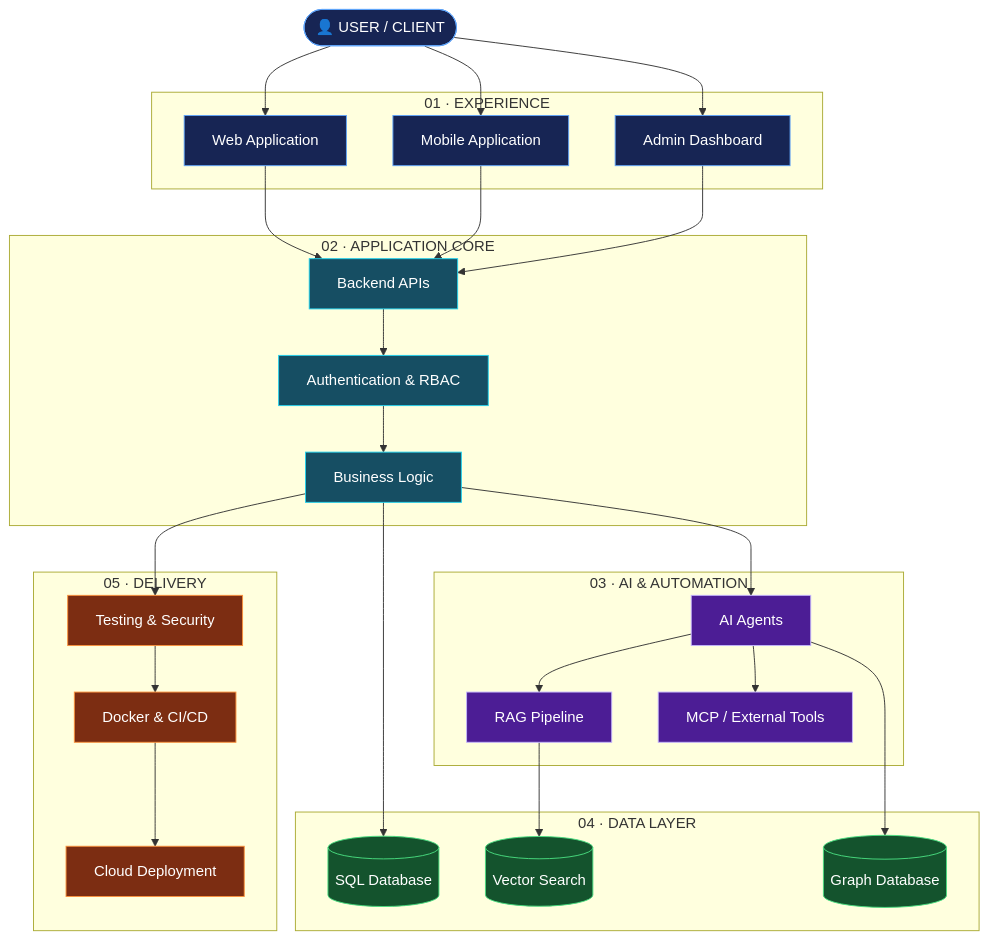
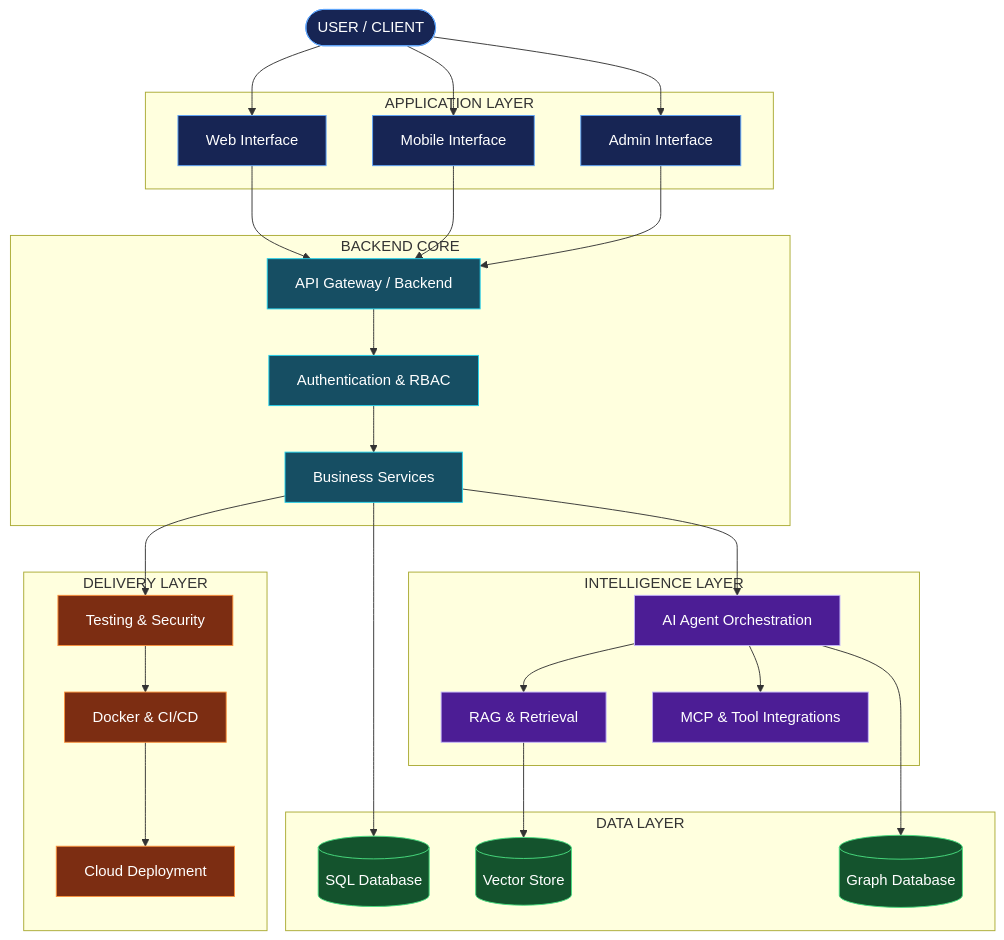
The first of 2 diagrams in README.md (Aravindan-001/Aravindan-001), drawn with Mermaid before and after one commit. The commit also changed other lines of this file, not shown here.

````diff
--- a/README.md
+++ b/README.md
@@ -159,66 +122,66 @@
 ```mermaid
 flowchart TB
-    USER(["👤 USER / CLIENT"])
+    USER(["USER / CLIENT"])
 
-    subgraph EXPERIENCE["01 · EXPERIENCE"]
-        WEB["Web Application"]
-        MOBILE["Mobile Application"]
-        DASH["Admin Dashboard"]
+    subgraph APP["APPLICATION LAYER"]
+        WEB["Web Interface"]
+        MOBILE["Mobile Interface"]
+        ADMIN["Admin Interface"]
     end
 
-    subgraph BACKEND["02 · APPLICATION CORE"]
-        API["Backend APIs"]
+    subgraph CORE["BACKEND CORE"]
+        API["API Gateway / Backend"]
         AUTH["Authentication & RBAC"]
-        SERVICE["Business Logic"]
+        SERVICE["Business Services"]
     end
 
-    subgraph INTELLIGENCE["03 · AI & AUTOMATION"]
-        AGENT["AI Agents"]
-        RAG["RAG Pipeline"]
-        MCP["MCP / External Tools"]
+    subgraph AI["INTELLIGENCE LAYER"]
+        AGENT["AI Agent Orchestration"]
+        RAG["RAG & Retrieval"]
+        TOOLS["MCP & Tool Integrations"]
     end
 
-    subgraph DATA["04 · DATA LAYER"]
-        SQL[("SQL Database")]
-        VECTOR[("Vector Search")]
-        GRAPH[("Graph Database")]
+    subgraph STORE["DATA LAYER"]
+        DB[("SQL Database")]
+        VDB[("Vector Store")]
+        GDB[("Graph Database")]
     end
 
-    subgraph DELIVERY["05 · DELIVERY"]
-        TEST["Testing & Security"]
-        CI["Docker & CI/CD"]
+    subgraph SHIP["DELIVERY LAYER"]
+        QA["Testing & Security"]
+        CICD["Docker & CI/CD"]
         CLOUD["Cloud Deployment"]
     end
 
     USER --> WEB
     USER --> MOBILE
-    USER --> DASH
+    USER --> ADMIN
 
     WEB --> API
     MOBILE --> API
-    DASH --> API
+    ADMIN --> API
 
     API --> AUTH --> SERVICE
-    SERVICE --> SQL
+    SERVICE --> DB
     SERVICE --> AGENT
 
     AGENT --> RAG
-    AGENT --> MCP
-    RAG --> VECTOR
-    AGENT --> GRAPH
+    AGENT --> TOOLS
+    RAG --> VDB
+    AGENT --> GDB
 
-    SERVICE --> TEST
-    TEST --> CI --> CLOUD
+    SERVICE --> QA
+    QA --> CICD --> CLOUD
 
-    classDef experience fill:#172554,stroke:#60A5FA,color:#FFFFFF
-    classDef backend fill:#164E63,stroke:#22D3EE,color:#FFFFFF
-    classDef intelligence fill:#4C1D95,stroke:#C4B5FD,color:#FFFFFF
+    classDef app fill:#172554,stroke:#60A5FA,color:#FFFFFF
+    classDef core fill:#164E63,stroke:#22D3EE,color:#FFFFFF
+    classDef ai fill:#4C1D95,stroke:#C4B5FD,color:#FFFFFF
     classDef data fill:#14532D,stroke:#4ADE80,color:#FFFFFF
     classDef delivery fill:#7C2D12,stroke:#FB923C,color:#FFFFFF
 
-    class USER,WEB,MOBILE,DASH experience
-    class API,AUTH,SERVICE backend
-    class AGENT,RAG,MCP intelligence
-    class SQL,VECTOR,GRAPH data
-    class TEST,CI,CLOUD delivery
+    class USER,WEB,MOBILE,ADMIN app
+    class API,AUTH,SERVICE core
+    class AGENT,RAG,TOOLS ai
+    class DB,VDB,GDB data
+    class QA,CICD,CLOUD delivery
 ```
````
